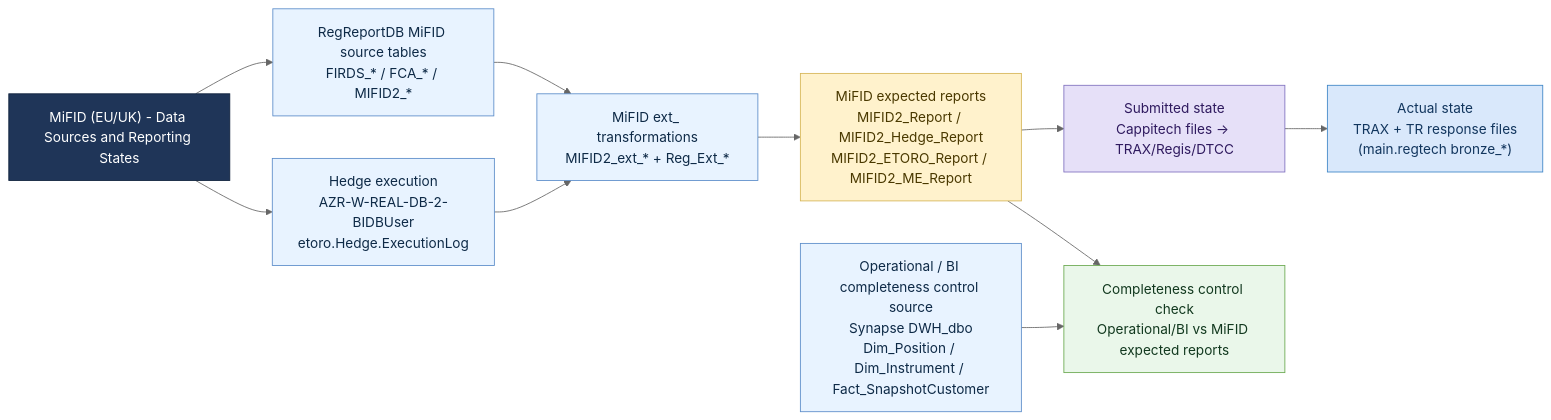
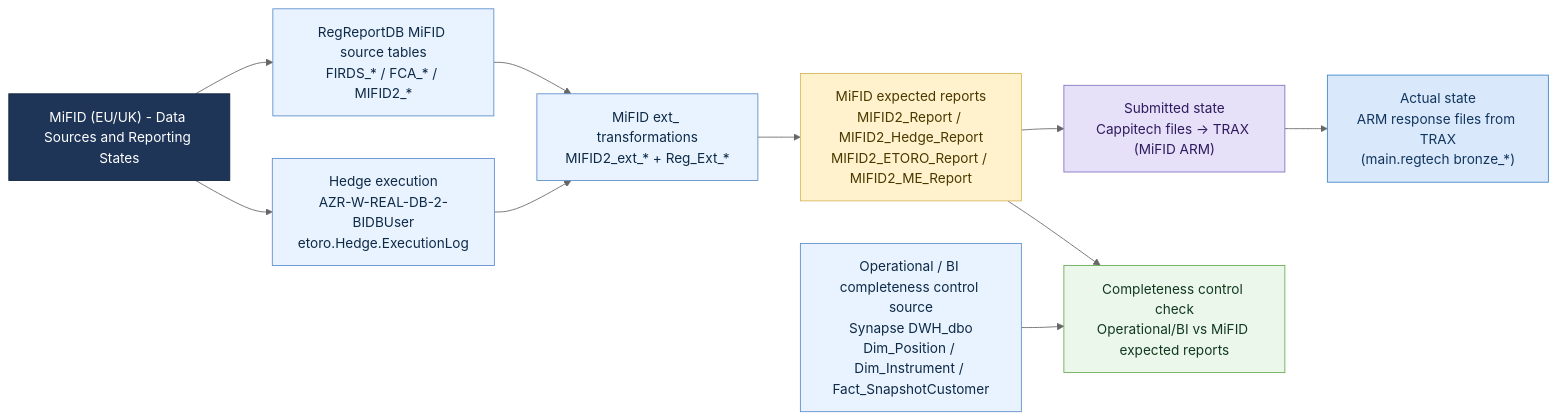
One commit to valentinosko-hub/RegTech changed the diagram in regtech-automation-project/diagrams/reporting-model-mifid-data-sources.mmd. Above: the diagram before and after it, drawn with Mermaid (neutral theme). The commit also changed 14 other files, not shown here.

Commit message:
Clarify MiFID ARM vs EMIR/ASIC TR taxonomy across diagrams

```diff
--- a/regtech-automation-project/diagrams/reporting-model-mifid-data-sources.mmd
+++ b/regtech-automation-project/diagrams/reporting-model-mifid-data-sources.mmd
@@ -1,31 +1,31 @@
 flowchart LR
   T["MiFID (EU/UK) - Data Sources and Reporting States"]
   I1["Operational / BI completeness control source<br/>Synapse DWH_dbo<br/>Dim_Position / Dim_Instrument / Fact_SnapshotCustomer"]
   I2["Hedge execution<br/>AZR-W-REAL-DB-2-BIDBUser<br/>etoro.Hedge.ExecutionLog"]
   I3["RegReportDB MiFID source tables<br/>FIRDS_* / FCA_* / MIFID2_*"]
   I4["MiFID ext_ transformations<br/>MIFID2_ext_* + Reg_Ext_*"]
   I5["MiFID expected reports<br/>MIFID2_Report / MIFID2_Hedge_Report<br/>MIFID2_ETORO_Report / MIFID2_ME_Report"]
-  I6["Submitted state<br/>Cappitech files -> TRAX/Regis/DTCC"]
-  I7["Actual state<br/>TRAX + TR response files<br/>(main.regtech bronze_*)"]
+  I6["Submitted state<br/>Cappitech files -> TRAX (MiFID ARM)"]
+  I7["Actual state<br/>ARM response files from TRAX<br/>(main.regtech bronze_*)"]
   I8["Completeness control check<br/>Operational/BI vs MiFID expected reports"]
 
   T --> I2
   T --> I3
   I2 --> I4
   I3 --> I4 --> I5 --> I6 --> I7
   I1 --> I8
   I5 --> I8
 
   classDef title fill:#1f3558,stroke:#0f223d,color:#ffffff,fontStyle:bold;
   classDef source fill:#e8f3ff,stroke:#5b8cc9,color:#0e2a47;
   classDef expected fill:#fff2cc,stroke:#d6b656,color:#4a3900,fontStyle:bold;
   classDef submitted fill:#e6e0f8,stroke:#7f70bf,color:#2f1a5f,fontStyle:bold;
   classDef actual fill:#d9e8fb,stroke:#3d85c6,color:#12365e,fontStyle:bold;
   classDef control fill:#eaf7ea,stroke:#6aa84f,color:#12391f;
 
   class T title;
   class I1,I2,I3,I4 source;
   class I5 expected;
   class I6 submitted;
   class I7 actual;
   class I8 control;
```
